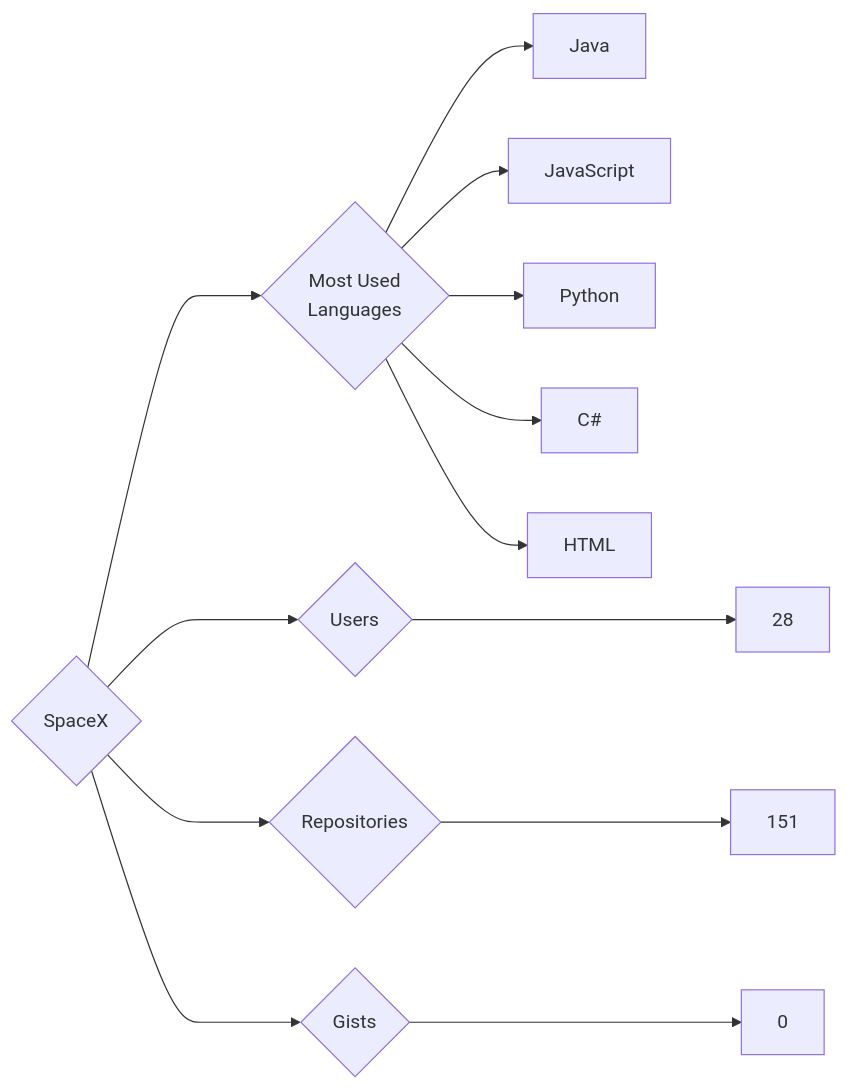
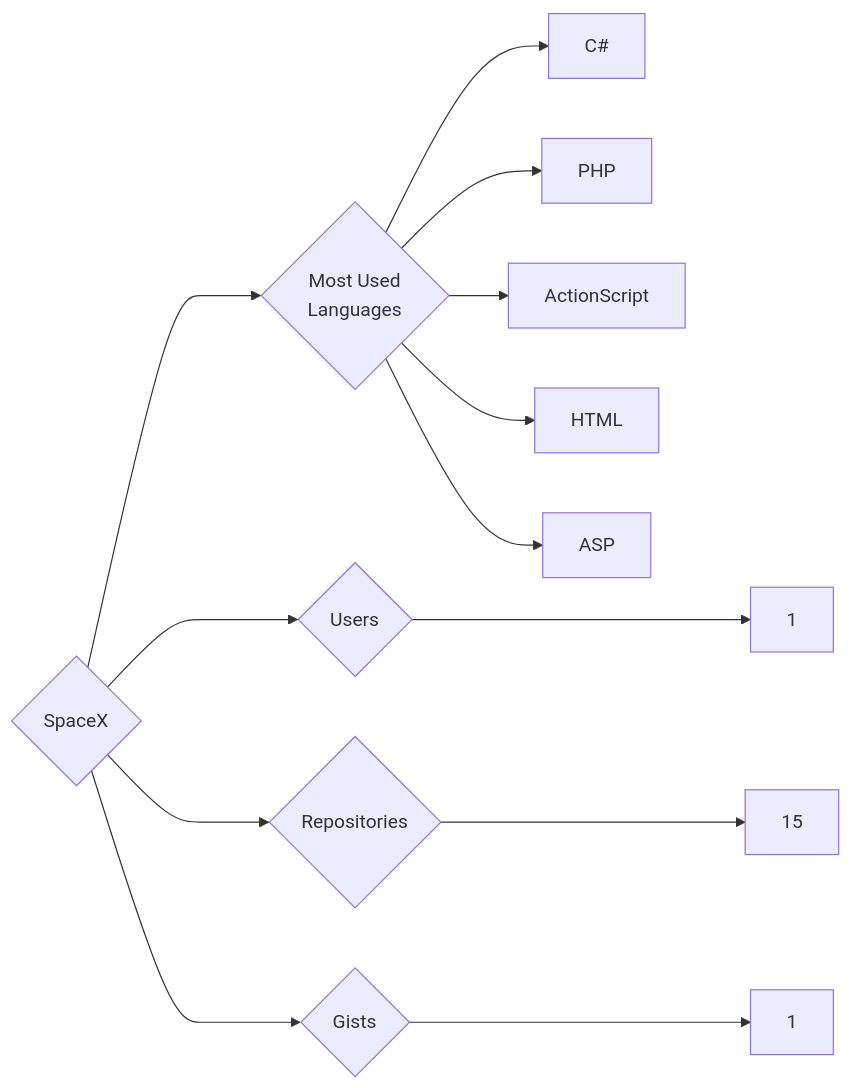
One commit to trickest/insiders changed the diagram in targets/SpaceX/README.md. Above: the diagram before and after it, drawn with Mermaid. The commit also changed 997 other files, not shown here.

````diff
--- a/targets/SpaceX/README.md
+++ b/targets/SpaceX/README.md
@@ -3,13 +3,13 @@
 ```mermaid
 graph LR
 COMPANY_NAME{SpaceX}
-COMPANY_NAME ---> U{Users} ---> UN[28]
-COMPANY_NAME ---> R{Repositories} ---> RN[151]
-COMPANY_NAME ---> G{Gists} ---> GN[0]
+COMPANY_NAME ---> U{Users} ---> UN[1]
+COMPANY_NAME ---> R{Repositories} ---> RN[15]
+COMPANY_NAME ---> G{Gists} ---> GN[1]
 COMPANY_NAME ---> ML{Most Used<br>Languages}
-ML --> Java
-ML --> JavaScript
-ML --> Python
-ML --> C#
-ML --> HTML
+ML --> C#[C#]
+ML --> PHP[PHP]
+ML --> ActionScript[ActionScript]
+ML --> HTML[HTML]
+ML --> ASP[ASP]
 ```
````
